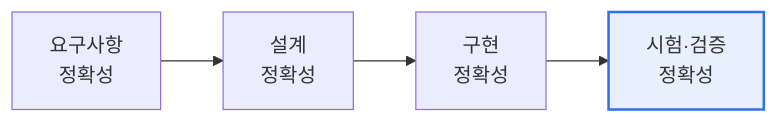
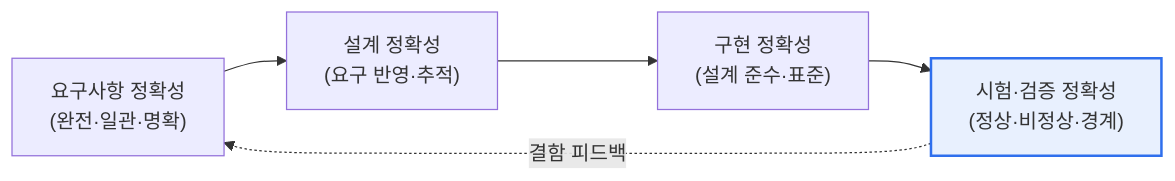
Before and after one commit to coninggu/wjdqhrhksflrltnftk: the second of 2 diagrams in content/software-safety-diagnosis.md, drawn with Mermaid. The commit also changed other lines of this file and 3 other files, not shown here.

````diff
--- a/content/software-safety-diagnosis.md
+++ b/content/software-safety-diagnosis.md
@@ -15,5 +42,8 @@
 ```mermaid
 flowchart LR
-  R["요구사항<br/>정확성"] --> D["설계<br/>정확성"] --> I["구현<br/>정확성"] --> T["시험·검증<br/>정확성"]
+  R["요구사항 정확성<br/>(완전·일관·명확)"] --> D["설계 정확성<br/>(요구 반영·추적)"]
+  D --> I["구현 정확성<br/>(설계 준수·표준)"]
+  I --> T["시험·검증 정확성<br/>(정상·비정상·경계)"]
+  T -. 결함 피드백 .-> R
   style T fill:#e8f0fe,stroke:#2f6fed,stroke-width:2px
 ```
````
